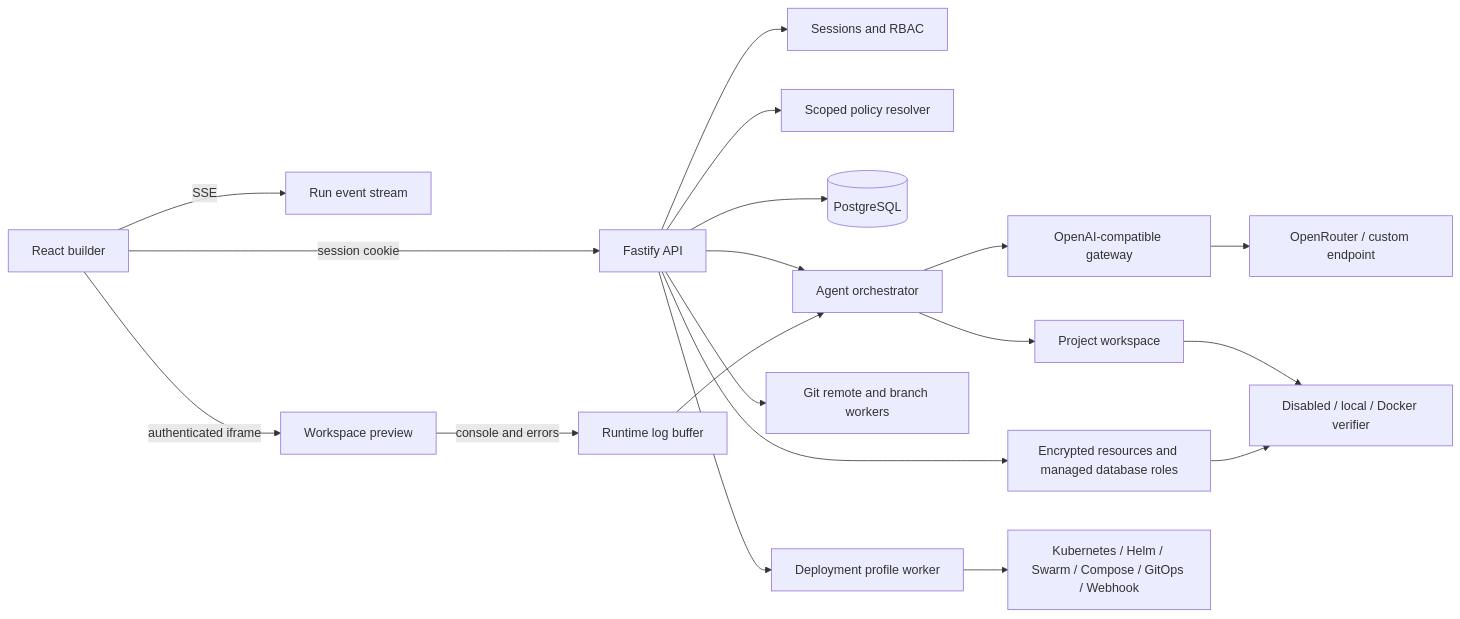
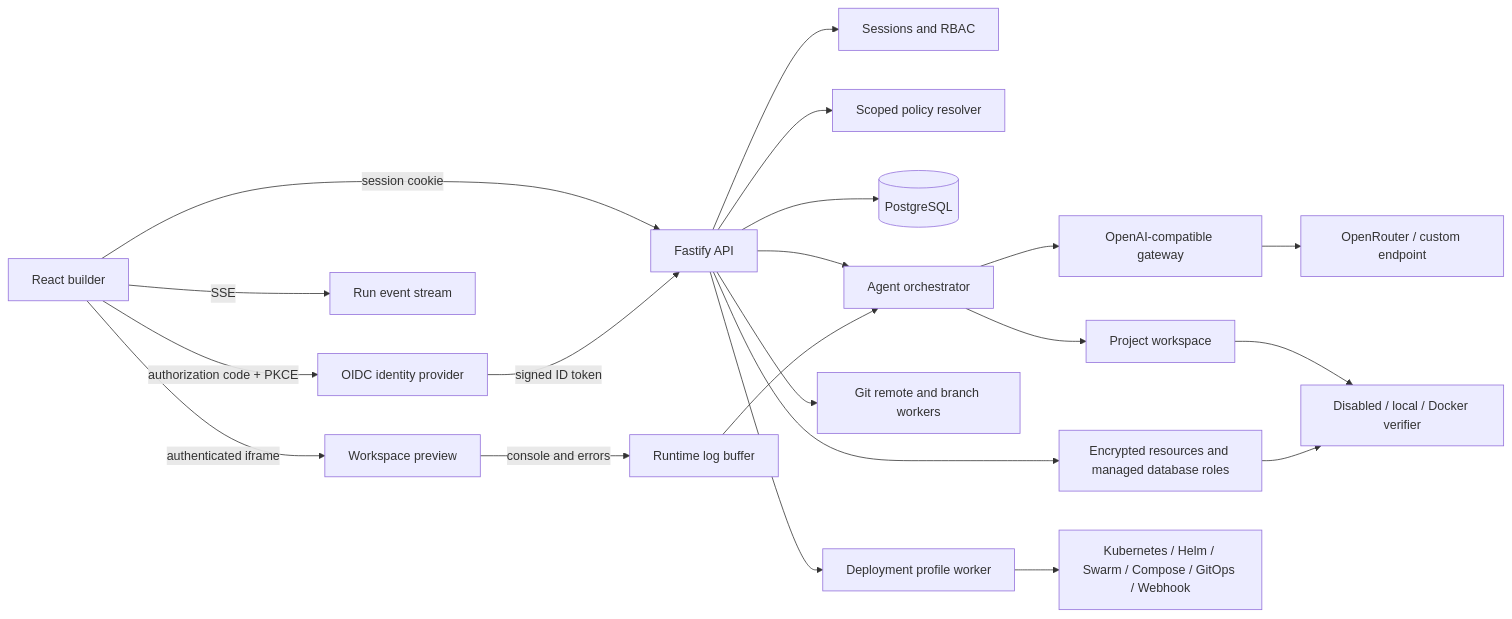
Before and after one commit to CodinMoldovanu/vibeable: the diagram in docs/architecture.md, drawn with Mermaid. The commit also changed other lines of this file and 19 other files, not shown here.

````diff
--- a/docs/architecture.md
+++ b/docs/architecture.md
@@ -5,21 +5,23 @@
 ```mermaid
 flowchart LR
   Browser["React builder"] -->|session cookie| API["Fastify API"]
+  Browser -->|authorization code + PKCE| IdP["OIDC identity provider"]
+  IdP -->|signed ID token| API
   Browser -->|SSE| Runs["Run event stream"]
   Browser -->|authenticated iframe| Preview["Workspace preview"]
   API --> Auth["Sessions and RBAC"]
   API --> Policy["Scoped policy resolver"]
   API --> DB[(PostgreSQL)]
   API --> Agent["Agent orchestrator"]
   API --> Resources["Encrypted resources and managed database roles"]
   Agent --> Gateway["OpenAI-compatible gateway"]
   Gateway --> Provider["OpenRouter / custom endpoint"]
   Agent --> Workspace["Project workspace"]
   Workspace --> Executor["Disabled / local / Docker verifier"]
   Preview -->|console and errors| Logs["Runtime log buffer"]
   Logs --> Agent
   Resources --> Executor
   API --> Git["Git remote and branch workers"]
   API --> Delivery["Deployment profile worker"]
   Delivery --> Targets["Kubernetes / Helm / Swarm / Compose / GitOps / Webhook"]
 ```
````
